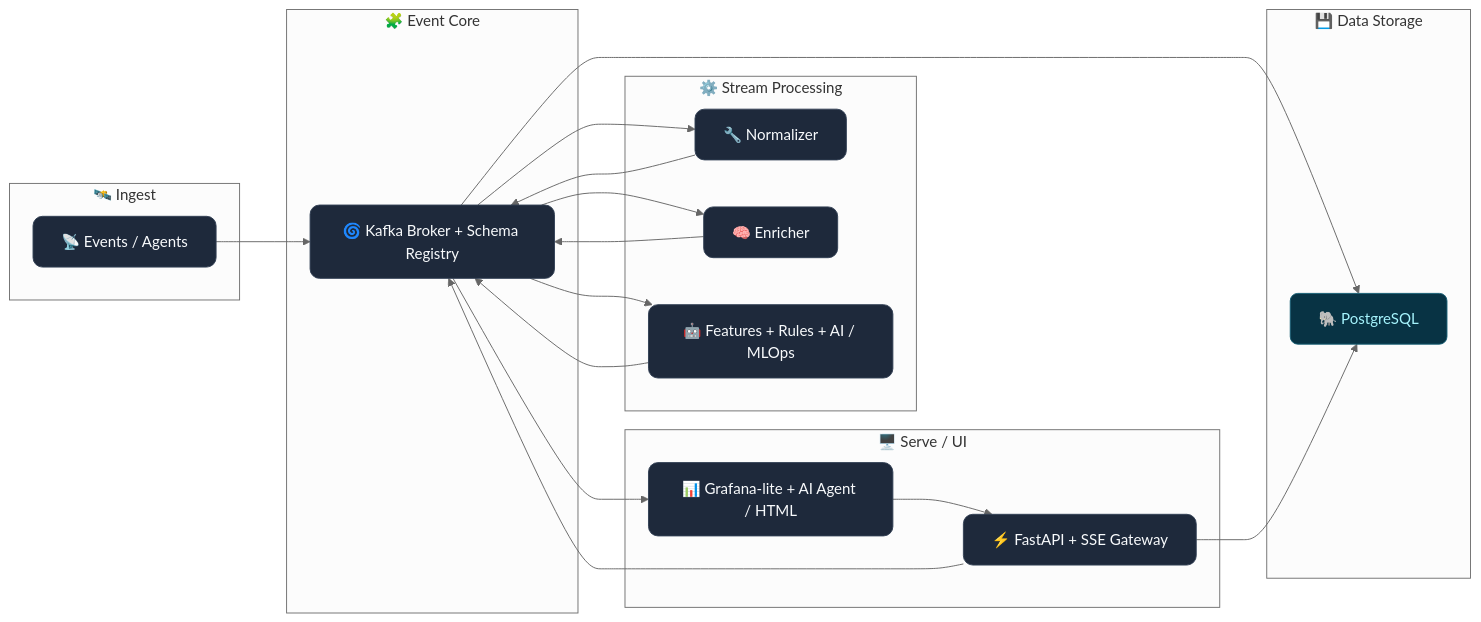
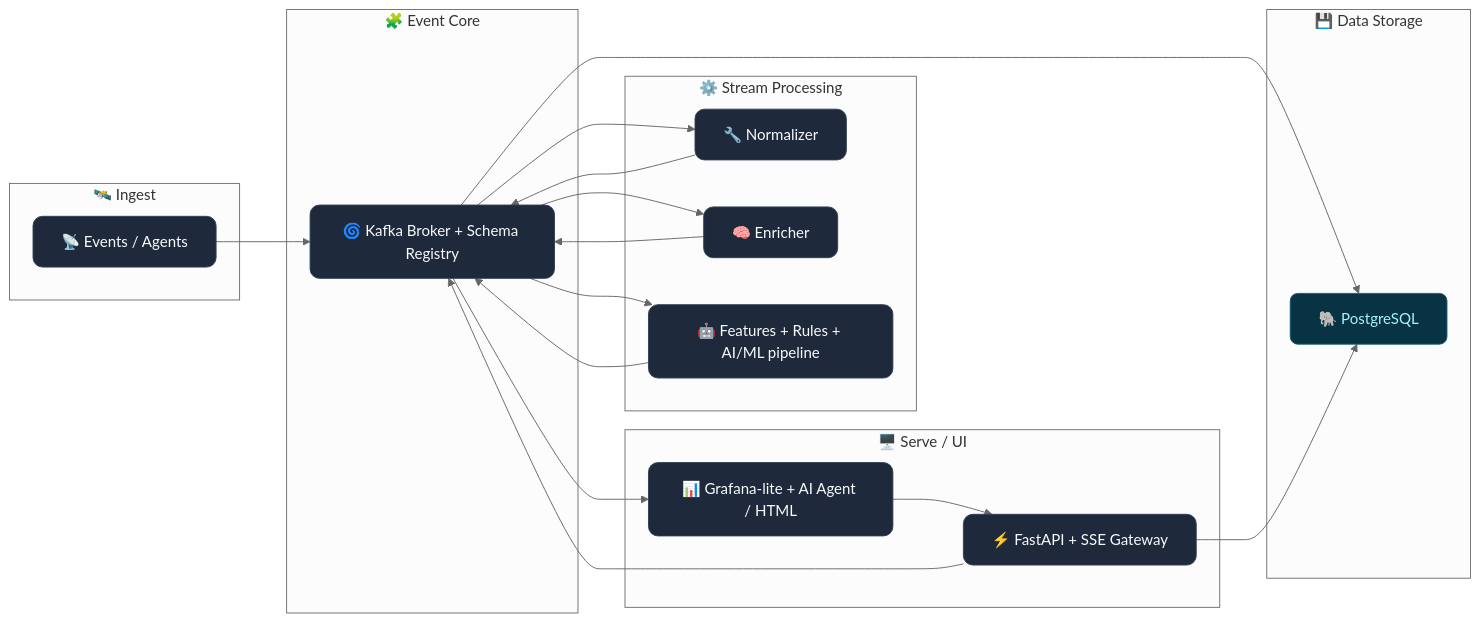
One commit to lILogit/Observio changed the diagram in README.md. Above: the diagram before and after it, drawn with Mermaid (neutral theme).

`````diff
--- a/README.md
+++ b/README.md
@@ -23,44 +23,44 @@
 ```mermaid
 flowchart LR
   %% ==== STYLE DEFINITIONS ====
   classDef layer fill:#0e1117,stroke:#333,stroke-width:1px,color:#fff,font-weight:bold
   classDef service fill:#1e293b,stroke:#334155,stroke-width:1px,color:#f8fafc,rx:10,ry:10
   classDef datastore fill:#083344,stroke:#155e75,stroke-width:1px,color:#a5f3fc,rx:8,ry:8
   classDef connector stroke-dasharray: 5 5,stroke:#64748b,stroke-width:1.5px
   
   %% ==== LAYOUT ====
   subgraph Ingest["🛰️ Ingest"]
     Agent["📡 Events / Agents"]:::service
   end
   
   subgraph Core["🧩 Event Core"]
     Bus["🌀 Kafka Broker + Schema Registry"]:::service
   end
   
   subgraph Stream["⚙️ Stream Processing"]
     Norm["🔧 Normalizer"]:::service
     Enr["🧠 Enricher"]:::service
-    Feat["🤖 Features + Rules + AI / MLOps"]:::service
+    Feat["🤖 Features + Rules + AI/ML pipeline"]:::service
   end
   
   subgraph Storage["💾 Data Storage"]
     PG["🐘 PostgreSQL"]:::datastore
   end
   
   subgraph Serve["🖥️ Serve / UI"]
     API["⚡ FastAPI + SSE Gateway"]:::service
     UI["📊 Grafana-lite + AI Agent / HTML"]:::service
   end
 
   %% ==== FLOW CONNECTIONS ====
   Agent --> Bus
   Bus --> Norm --> Bus
   Bus --> Enr --> Bus
   Bus --> Feat --> Bus
   Bus --> PG
   API --> PG
   API --> Bus
   Bus --> UI
   UI --> API
 
 ````
`````
